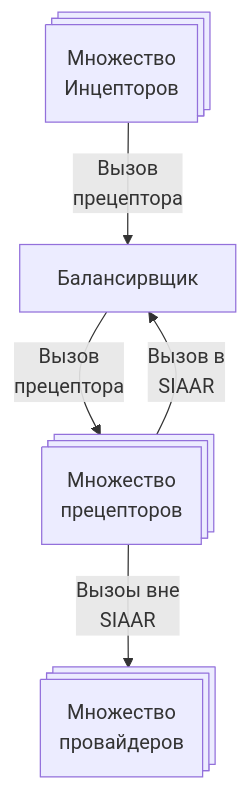
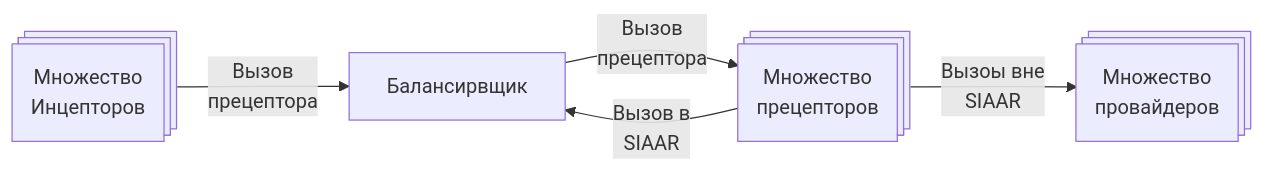
Before and after one commit to johnthesmith/scraps: the fourth of 4 diagrams in ru/siama.md, drawn with Mermaid.

````diff
--- a/ru/siama.md
+++ b/ru/siama.md
@@ -110,13 +110,13 @@
 ```mermaid
-flowchart TB
+flowchart LR
 
     balancer_inner[ Балансирвщик ]
     inceptor([Множество<br>Инцепторов])@{ shape: processes }
     provider([Множество<br>провайдеров])@{ shape: processes }
     preceptor([Множество <br> прецепторов])@{ shape: processes }
 
     inceptor --> |Вызов <br> прецептора| balancer_inner
     balancer_inner --> |Вызов <br> прецептора| preceptor
     preceptor --> |Вызов в<br> SIAAR| balancer_inner
     preceptor --> |Вызоы вне<br> SIAAR| provider
 ```
````
